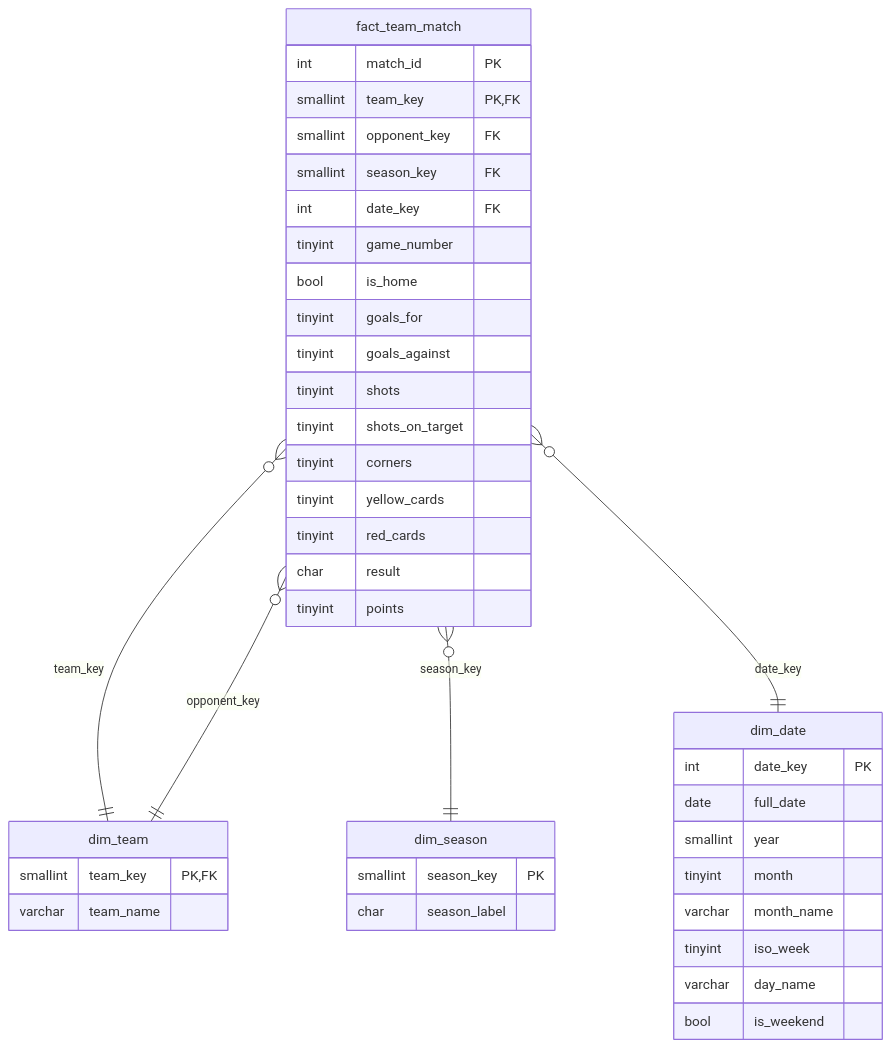
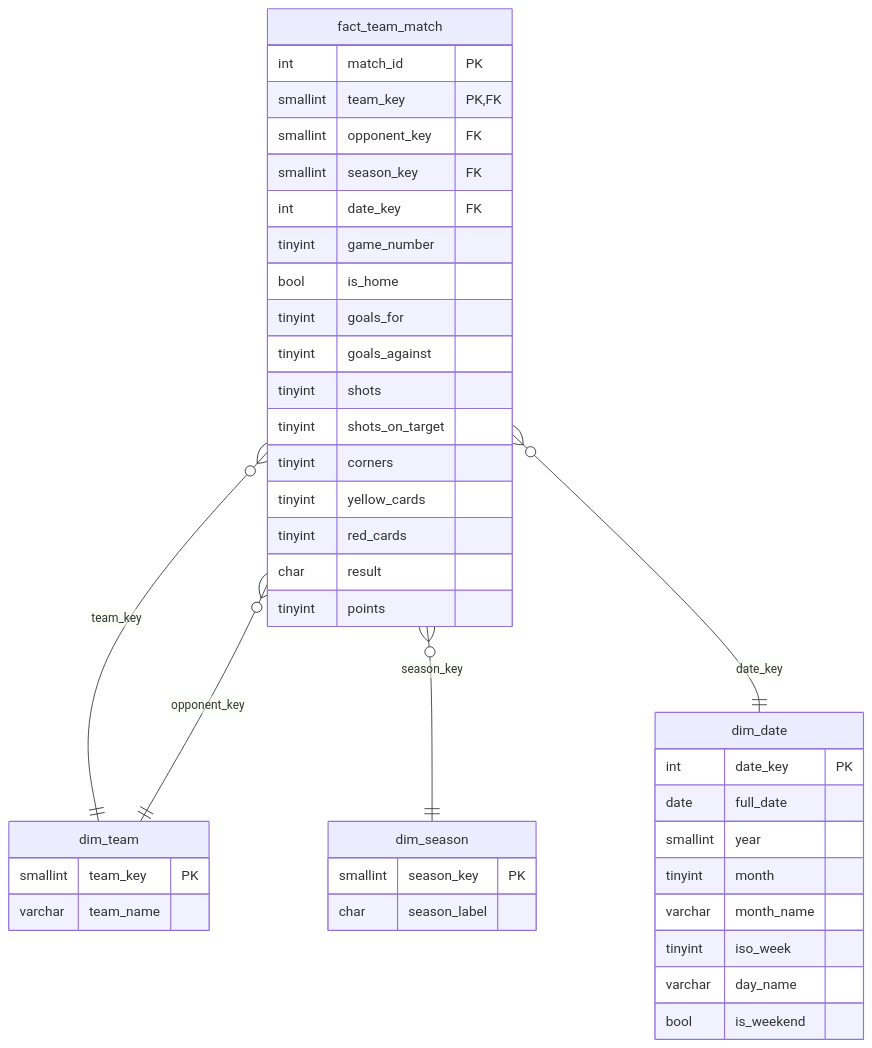
The second of 2 diagrams in README.md (chrisb2004/premier-league-pipeline), drawn with Mermaid before and after one commit.

Commit message:
README: dim_team.team_key is a primary key only

````diff
--- a/README.md
+++ b/README.md
@@ -74,44 +74,44 @@
 ```mermaid
 erDiagram
     fact_team_match }o--|| dim_team : "team_key"
     fact_team_match }o--|| dim_team : "opponent_key"
     fact_team_match }o--|| dim_season : "season_key"
     fact_team_match }o--|| dim_date : "date_key"
 
     fact_team_match {
         int match_id PK
         smallint team_key PK, FK
         smallint opponent_key FK
         smallint season_key FK
         int date_key FK
         tinyint game_number
         bool is_home
         tinyint goals_for
         tinyint goals_against
         tinyint shots
         tinyint shots_on_target
         tinyint corners
         tinyint yellow_cards
         tinyint red_cards
         char result
         tinyint points
     }
     dim_team {
-        smallint team_key PK, FK
+        smallint team_key PK
         varchar team_name
     }
     dim_season {
         smallint season_key PK
         char season_label
     }
     dim_date {
         int date_key PK
         date full_date
         smallint year
         tinyint month
         varchar month_name
         tinyint iso_week
         varchar day_name
         bool is_weekend
     }
 ```
````
